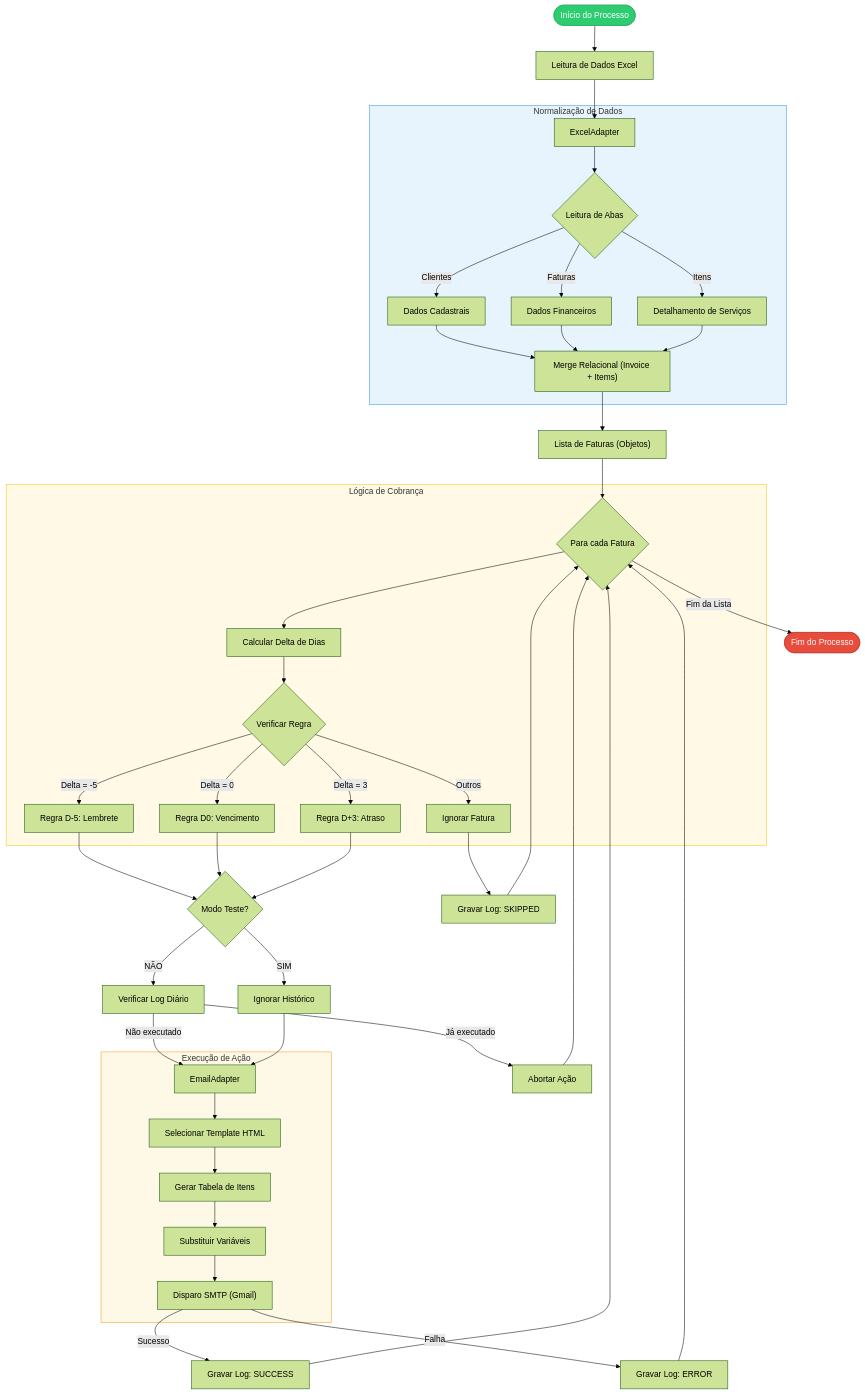
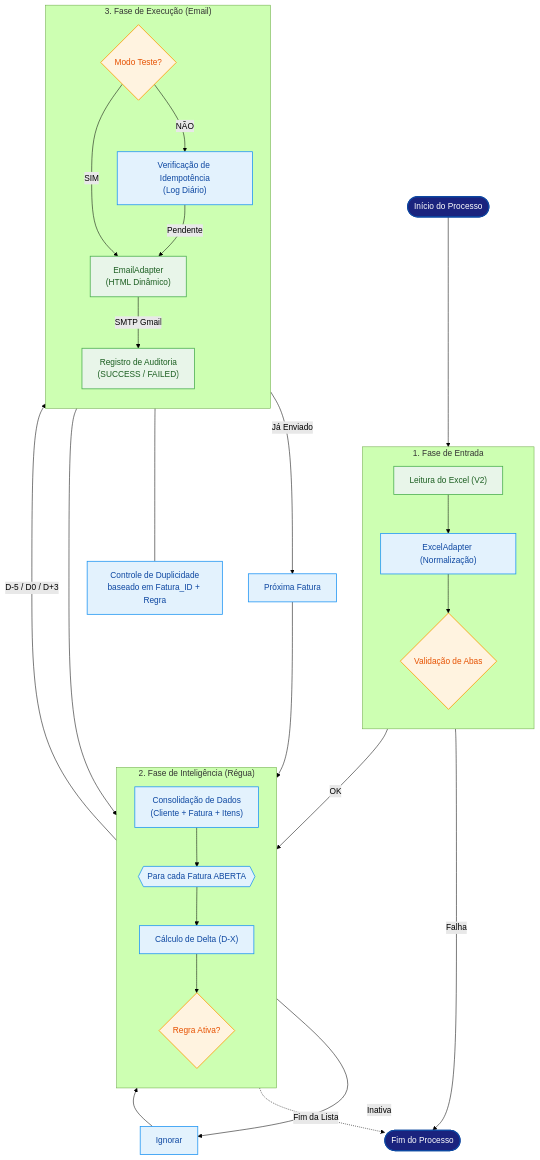
The diagram in docs/FLOWCHART.md (dednascimento/AuroraPay_Servicos_Digitais), drawn with Mermaid (forest theme) before and after one commit. The commit also changed other lines of this file and 2 other files, not shown here.

````diff
--- a/docs/FLOWCHART.md
+++ b/docs/FLOWCHART.md
@@ -7,61 +5,68 @@
 ```mermaid
 flowchart TD
-    %% Nós de Início e Dados
-    Start([Início do Processo]) --> ReadExcel["Leitura de Dados Excel"]
-    ReadExcel --> AdapterExcel[ExcelAdapter]
+    %% Class Definitions
+    classDef startEnd fill:#1A237E,stroke:#0D47A1,color:#ffffff,stroke-width:2px;
+    classDef process fill:#E3F2FD,stroke:#2196F3,color:#0D47A1,stroke-width:1.5px;
+    classDef io fill:#E8F5E9,stroke:#4CAF50,color:#1B5E20,stroke-width:1.5px;
+    classDef decision fill:#FFF3E0,stroke:#FF9800,color:#E65100,stroke-width:1.5px;
+    classDef error fill:#FFEBEE,stroke:#F44336,color:#B71C1C,stroke-width:1.5px;
+
+    %% Nodes
+    Start([Início do Processo]):::startEnd
+    End([Fim do Processo]):::startEnd
+
+    subgraph InputPhase ["1. Fase de Entrada"]
+        direction TB
+        ReadExcel["Leitura do Excel (V2)"]:::io
+        AdapterExcel["ExcelAdapter (Normalização)"]:::process
+        Sheets{Validação de Abas}:::decision
+    end
+
+    subgraph LogicPhase ["2. Fase de Inteligência (Régua)"]
+        direction TB
+        Merge["Consolidação de Dados<br/>(Cliente + Fatura + Itens)"]:::process
+        LoopStart{{Para cada Fatura ABERTA}}:::process
+        CalcDates["Cálculo de Delta (D-X)"]:::process
+        CheckRule{Regra Ativa?}:::decision
+    end
+
+    subgraph ActionPhase ["3. Fase de Execução (Email)"]
+        direction TB
+        TestCheck{Modo Teste?}:::decision
+        CheckLog["Verificação de Idempotência<br/>(Log Diário)"]:::process
+        SendEmail["EmailAdapter<br/>(HTML Dinâmico)"]:::io
+        StatusLog["Registro de Auditoria<br/>(SUCCESS / FAILED)"]:::io
+    end
+
+    %% Connections
+    Start --> ReadExcel
+    ReadExcel --> AdapterExcel
+    AdapterExcel --> Sheets
     
-    subgraph DataNormalization [Normalização de Dados]
-        AdapterExcel --> Sheets{Leitura de Abas}
-        Sheets -->|Clientes| DataCli["Dados Cadastrais"]
-        Sheets -->|Faturas| DataFat["Dados Financeiros"]
-        Sheets -->|Itens| DataItens["Detalhamento de Serviços"]
-        DataCli & DataFat & DataItens --> Merge["Merge Relacional (Invoice + Items)"]
-    end
+    Sheets -->|OK| Merge
+    Sheets -->|Falha| End
     
-    Merge --> InvoiceList["Lista de Faturas (Objetos)"]
-    InvoiceList --> LoopStart{Para cada Fatura}
+    Merge --> LoopStart
+    LoopStart --> CalcDates
+    CalcDates --> CheckRule
+
+    CheckRule -->|D-5 / D0 / D+3| TestCheck
+    CheckRule -->|Inativa| Skip["Ignorar"]:::process
+    Skip --> LoopStart
+
+    TestCheck -->|NÃO| CheckLog
+    TestCheck -->|SIM| SendEmail
+
+    CheckLog -->|Já Enviado| Next["Próxima Fatura"]:::process
+    CheckLog -->|Pendente| SendEmail
+
+    SendEmail -->|SMTP Gmail| StatusLog
+    StatusLog --> LoopStart
+    Next --> LoopStart
     
-    %% Loop de Processamento
-    subgraph ProcessingStrategy [Lógica de Cobrança]
-        LoopStart --> CalcDates["Calcular Delta de Dias"]
-        CalcDates --> CheckRule{Verificar Regra}
-        
-        CheckRule -->|Delta = -5| RuleD_5["Regra D-5: Lembrete"]
-        CheckRule -->|Delta = 0| RuleD0["Regra D0: Vencimento"]
-        CheckRule -->|Delta = 3| RuleD3["Regra D+3: Atraso"]
-        CheckRule -->|Outros| Skip[Ignorar Fatura]
-    end
-    
-    %% Validação e Segurança
-    RuleD_5 & RuleD0 & RuleD3 --> TestCheck{Modo Teste?}
-    
-    TestCheck -->|NÃO| Idempotency["Verificar Log Diário"]
-    TestCheck -->|SIM| BypassLog["Ignorar Histórico"]
-    
-    Idempotency -->|Já executado| StopAction[Abortar Ação]
-    Idempotency -->|Não executado| SendAction
-    BypassLog --> SendAction
-    
-    %% Ação de Envio
-    subgraph ActionExecution [Execução de Ação]
-        SendAction[EmailAdapter] --> TplSelect["Selecionar Template HTML"]
-        TplSelect --> GenTable["Gerar Tabela de Itens"]
-        GenTable --> ReplaceVars["Substituir Variáveis"]
-        ReplaceVars --> SMTP["Disparo SMTP (Gmail)"]
-    end
-    
-    SMTP -->|Sucesso| LogSuccess["Gravar Log: SUCCESS"]
-    SMTP -->|Falha| LogError["Gravar Log: ERROR"]
-    Skip --> LogSkip["Gravar Log: SKIPPED"]
-    StopAction --> LoopStart
-    
-    LogSuccess & LogError & LogSkip --> LoopStart
-    LoopStart -->|Fim da Lista| End([Fim do Processo])
+    LoopStart -.->|Fim da Lista| End
 
-    %% Estilização
-    style Start fill:#2ecc71,stroke:#27ae60,color:white
-    style End fill:#e74c3c,stroke:#c0392b,color:white
-    style DataNormalization fill:#e8f4fd,stroke:#3498db
-    style ProcessingStrategy fill:#fff9e6,stroke:#f1c40f
-    style ActionExecution fill:#fef9e7,stroke:#f39c12
+    %% Notes
+    Note1["Controle de Duplicidade<br/>baseado em Fatura_ID + Regra"]:::process
+    CheckLog --- Note1
 ```
````
